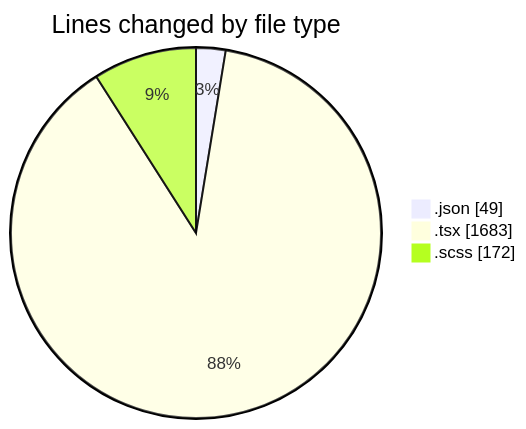
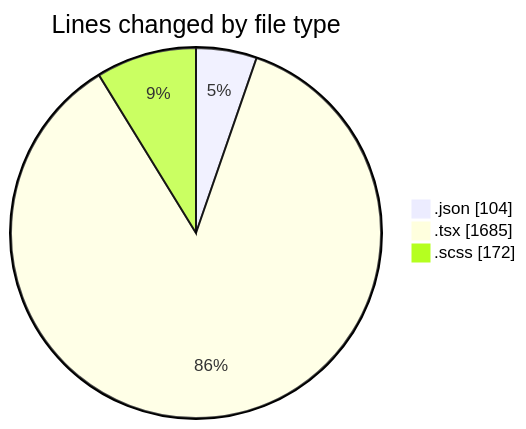
One commit to momahboobian/code-tracking changed the first of 2 diagrams in 2025-08-20/cda/README.md. Above: the diagram before and after it, drawn with Mermaid. The commit also changed other lines of this file and 1 other file, not shown here.

````diff
--- a/2025-08-20/cda/README.md
+++ b/2025-08-20/cda/README.md
@@ -26,7 +26,7 @@
 ```mermaid
 pie showData
 title Lines changed by file type
-".json" : 49
-".tsx" : 1683
+".json" : 104
+".tsx" : 1685
 ".scss" : 172
 ```
````
